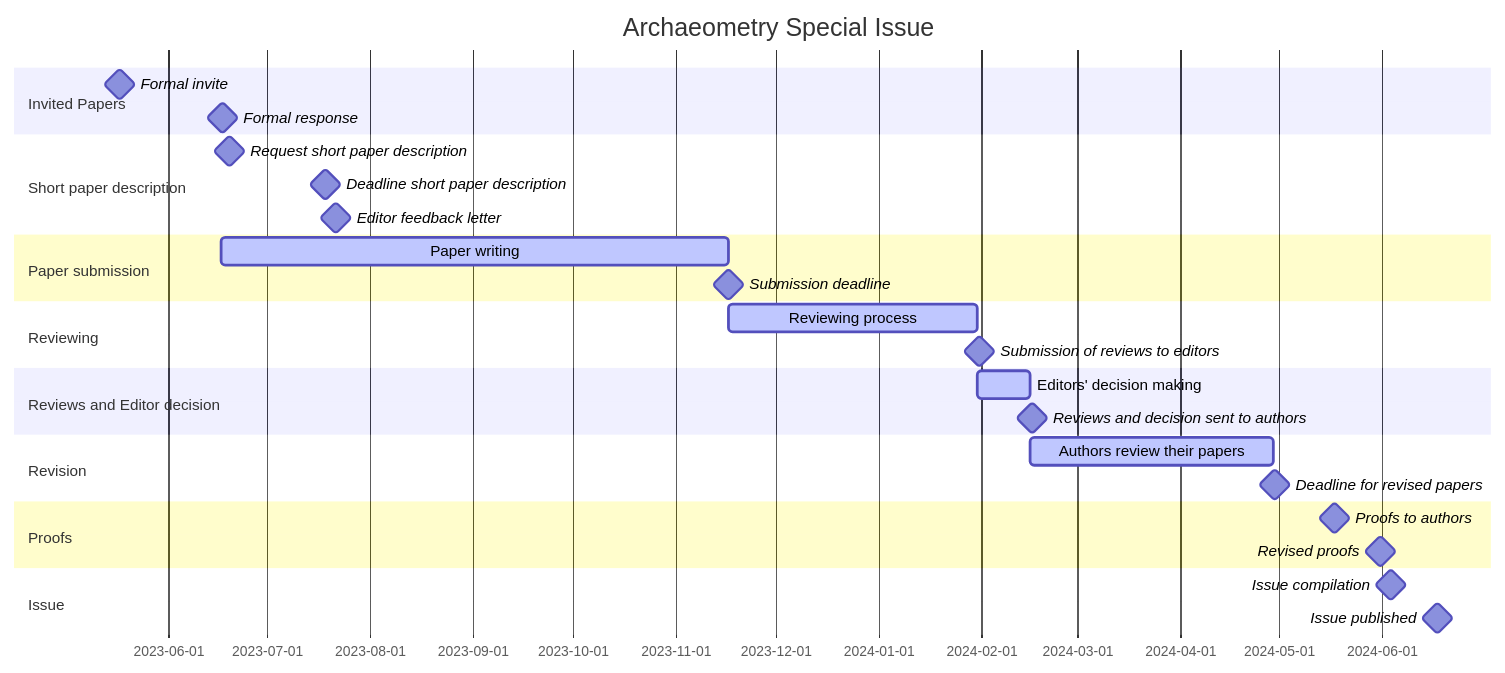
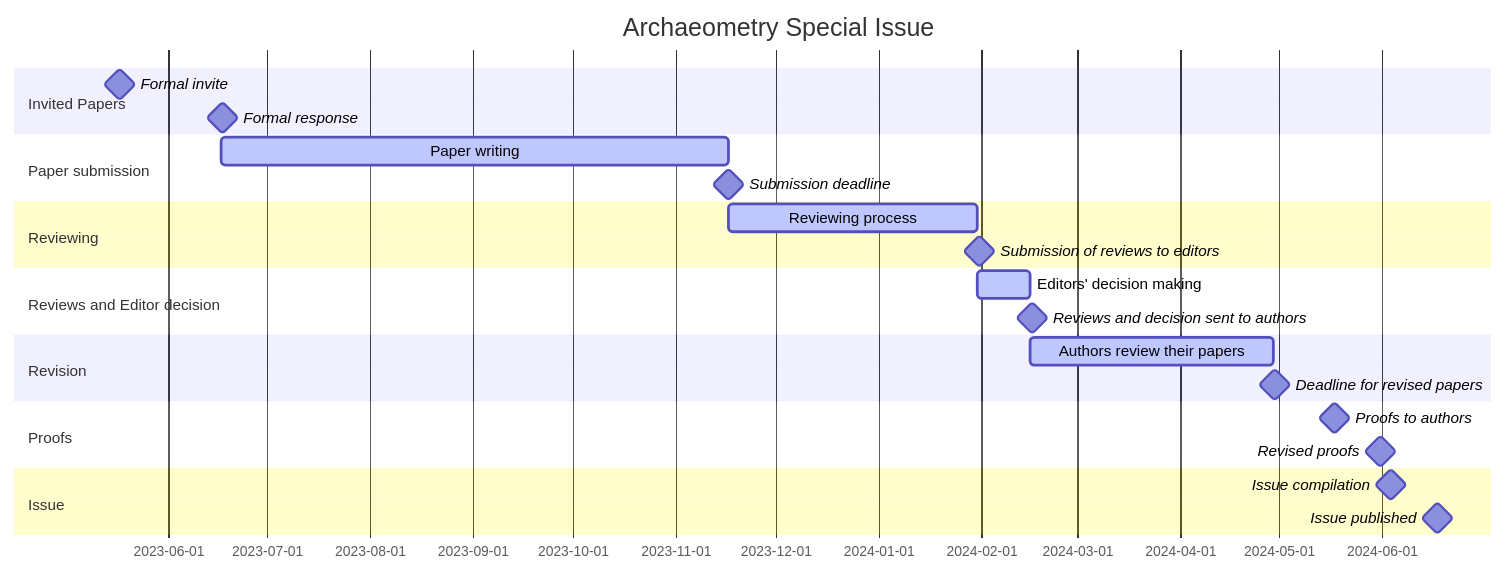
The diagram in README.md (historical-time/archaeometry-si), drawn with Mermaid before and after one commit.

````diff
--- a/README.md
+++ b/README.md
@@ -21,31 +21,31 @@
 ```mermaid
 gantt
     title Archaeometry Special Issue
     dateFormat  YYYY-MM-DD
     section Invited Papers
     Formal invite                    : milestone, m0, 2023-05-17, 1d
     Formal response                  : milestone, m0, 2023-06-17, 1d
-    section Short paper description
-    Request short paper description  : milestone, m0, 2023-06-19, 1d
-    Deadline short paper description : milestone, m0, 2023-07-18, 1d
-    Editor feedback letter           : milestone, m1, 2023-07-21, 1d
+    %% section Short paper description
+    %% Request short paper description  : milestone, m0, 2023-06-19, 1d
+    %% Deadline short paper description : milestone, m0, 2023-07-18, 1d
+    %% Editor feedback letter           : milestone, m1, 2023-07-21, 1d
     section Paper submission
     Paper writing                    : active, a0, 2023-06-17, 2023-11-17
     Submission deadline              : milestone, m9, 2023-11-17, 1d %% Soft deadline
     %% Hard deadline                 : milestone, m9, 2023-11-30, 1d %% Hard deadline
     section Reviewing
     Reviewing process                  : active, a1, 2023-11-17, 2024-01-31
     Submission of reviews to editors   : milestone, m1, 2024-01-31, 1d
     section Reviews and Editor decision
     Editors' decision making              : active, a1, 2024-01-31, 2024-02-16
     Reviews and decision sent to authors  : milestone, m2, 2024-02-16, 1d
     section Revision
     Authors review their papers       : active, a1, 2024-02-16, 2024-04-29
     Deadline for revised papers       : milestone, m2, 2024-04-29, 1d
     section Proofs
     Proofs to authors                : milestone, m2, 2024-05-17, 1d
     Revised proofs                   : milestone, m2, 2024-05-31, 1d
     section Issue
     Issue compilation                : milestone, m2, 2024-06-03, 1d
     Issue published                  : milestone, m2, 2024-06-17, 1d
 ```
````
